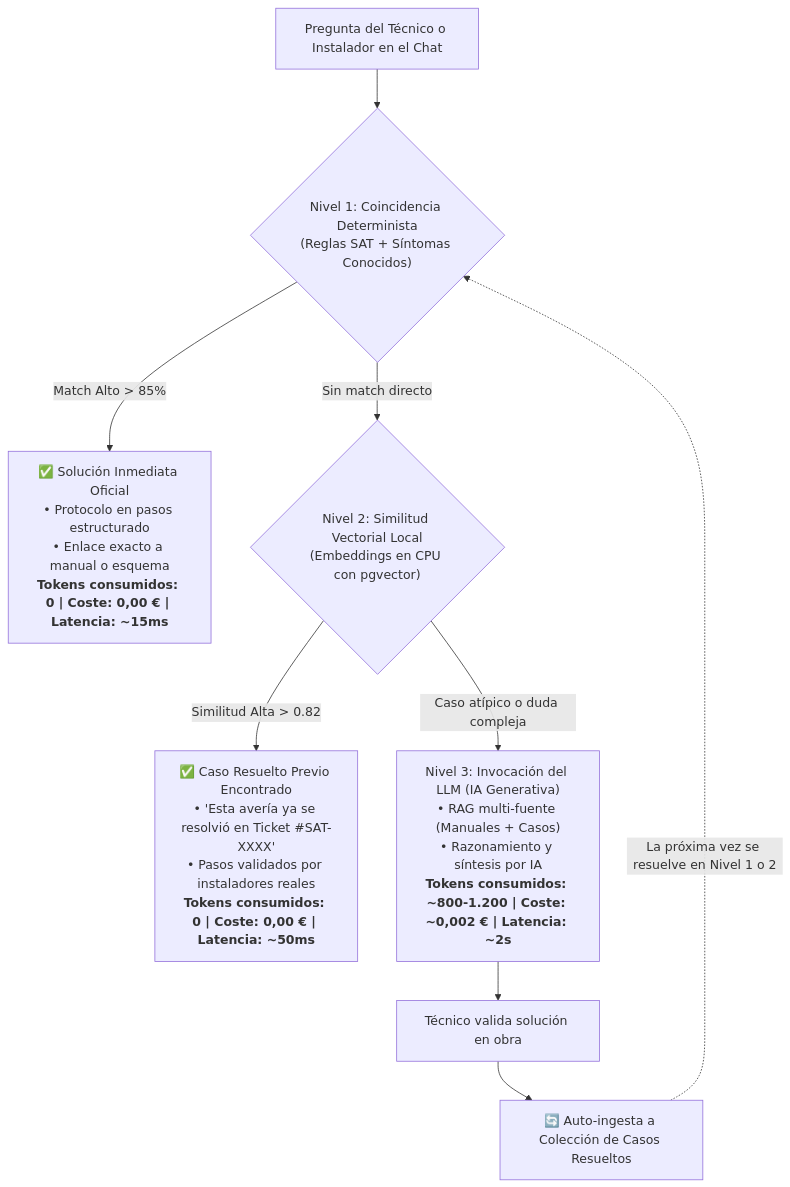
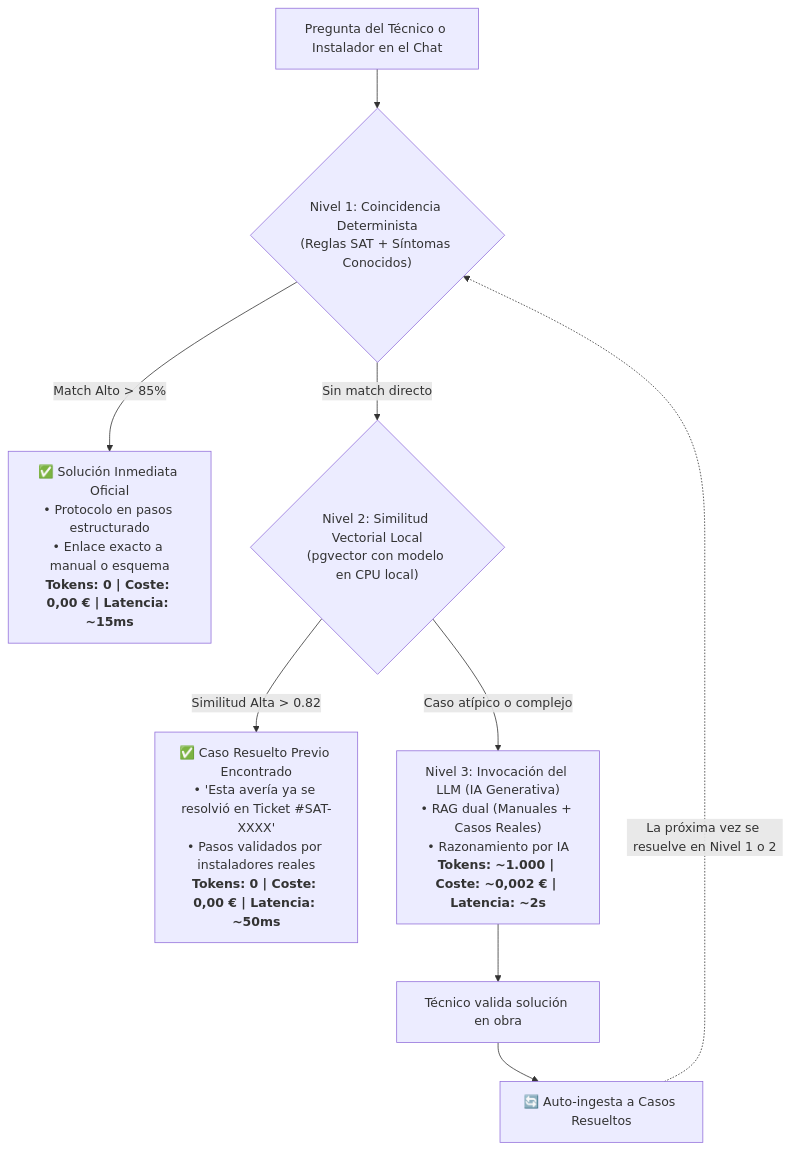
Before and after one commit to davidiotfenster-dev/buscador-manuales: the first of 2 diagrams in dossier_tecnico_y_operativo.md, drawn with Mermaid. The commit also changed other lines of this file and 1 other file, not shown here.

Commit message:
docs: completar notas y dossier con los 4 bloques ampliados Zero-Token First, ejemplos SAT y Cloud

````diff
--- a/dossier_tecnico_y_operativo.md
+++ b/dossier_tecnico_y_operativo.md
@@ -241,16 +146,16 @@
 ```mermaid
 flowchart TD
     Inicio[Pregunta del Técnico o Instalador en el Chat] --> N1{"Nivel 1: Coincidencia Determinista<br>(Reglas SAT + Síntomas Conocidos)"}
     
-    N1 -->|Match Alto > 85%| Sol1["✅ Solución Inmediata Oficial<br>• Protocolo en pasos estructurado<br>• Enlace exacto a manual o esquema<br><b>Tokens consumidos: 0 | Coste: 0,00 € | Latencia: ~15ms</b>"]
+    N1 -->|Match Alto > 85%| Sol1["✅ Solución Inmediata Oficial<br>• Protocolo en pasos estructurado<br>• Enlace exacto a manual o esquema<br><b>Tokens: 0 | Coste: 0,00 € | Latencia: ~15ms</b>"]
     
-    N1 -->|Sin match directo| N2{"Nivel 2: Similitud Vectorial Local<br>(Embeddings en CPU con pgvector)"}
+    N1 -->|Sin match directo| N2{"Nivel 2: Similitud Vectorial Local<br>(pgvector con modelo en CPU local)"}
     
-    N2 -->|Similitud Alta > 0.82| Sol2["✅ Caso Resuelto Previo Encontrado<br>• 'Esta avería ya se resolvió en Ticket #SAT-XXXX'<br>• Pasos validados por instaladores reales<br><b>Tokens consumidos: 0 | Coste: 0,00 € | Latencia: ~50ms</b>"]
+    N2 -->|Similitud Alta > 0.82| Sol2["✅ Caso Resuelto Previo Encontrado<br>• 'Esta avería ya se resolvió en Ticket #SAT-XXXX'<br>• Pasos validados por instaladores reales<br><b>Tokens: 0 | Coste: 0,00 € | Latencia: ~50ms</b>"]
     
-    N2 -->|Caso atípico o duda compleja| N3["Nivel 3: Invocación del LLM (IA Generativa)<br>• RAG multi-fuente (Manuales + Casos)<br>• Razonamiento y síntesis por IA<br><b>Tokens consumidos: ~800-1.200 | Coste: ~0,002 € | Latencia: ~2s</b>"]
+    N2 -->|Caso atípico o complejo| N3["Nivel 3: Invocación del LLM (IA Generativa)<br>• RAG dual (Manuales + Casos Reales)<br>• Razonamiento por IA<br><b>Tokens: ~1.000 | Coste: ~0,002 € | Latencia: ~2s</b>"]
     
     N3 --> Cierre[Técnico valida solución en obra]
-    Cierre --> Retroalimenta["🔄 Auto-ingesta a Colección de Casos Resueltos"]
+    Cierre --> Retroalimenta["🔄 Auto-ingesta a Casos Resueltos"]
     Retroalimenta -.->|La próxima vez se resuelve en Nivel 1 o 2| N1
 ```
````
